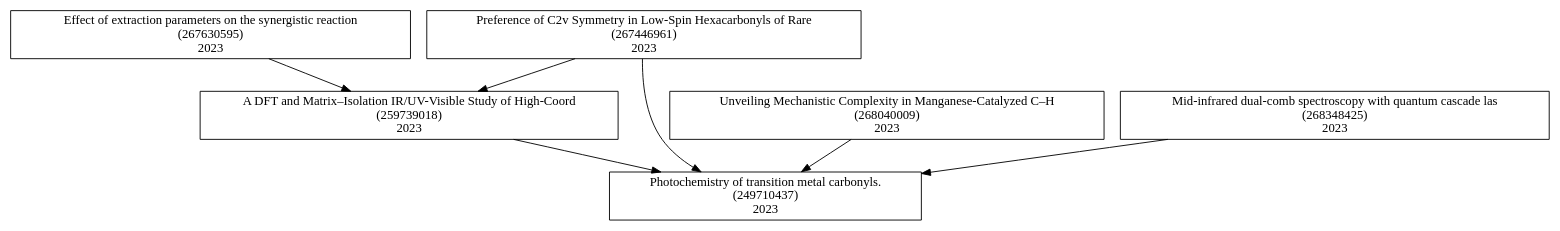
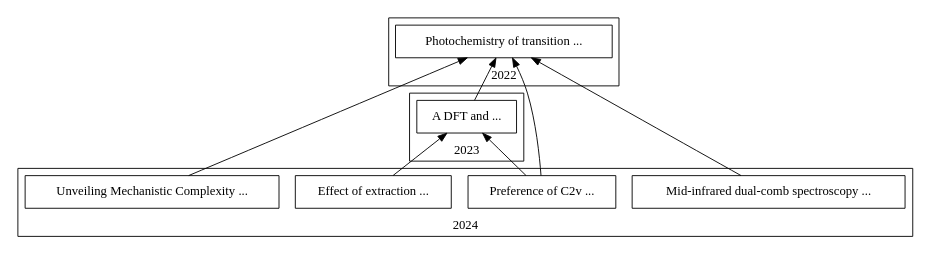
One commit to romilly/s2ag-corpus changed the diagram in notebooks/martyn.dot. Above: the diagram before and after it, drawn with Graphviz. The commit also changed 5 other files, not shown here.

Commit message:
Citation graph looks great. Clickable, with great hover text.

```diff
--- a/notebooks/martyn.dot
+++ b/notebooks/martyn.dot
@@ -1,14 +1,36 @@
 digraph {
-    "267446961" [label="Preference of C2v Symmetry in Low-Spin Hexacarbonyls of Rare\n(267446961)\n2023", shape="rectangle", URL="https://www.semanticscholar.org/paper/e3ba79aa32a1148dca4a7f52108259344fdc4711"];
-    "267630595" [label="Effect of extraction parameters on the synergistic reaction \n(267630595)\n2023", shape="rectangle", URL="https://www.semanticscholar.org/paper/c4c3b191a2b33164b5526aa27e32936550c71402"];
-    "268040009" [label="Unveiling Mechanistic Complexity in Manganese-Catalyzed C–H \n(268040009)\n2023", shape="rectangle", URL="https://www.semanticscholar.org/paper/974865acb588c06b3b4d587f81c7f56259ad4774"];
-    "259739018" [label="A DFT and Matrix–Isolation IR/UV-Visible Study of High-Coord\n(259739018)\n2023", shape="rectangle", URL="https://www.semanticscholar.org/paper/8119b95e9c475d7959fae26c2e70d8d71fcb03b6"];
-    "249710437" [label="Photochemistry of transition metal carbonyls.\n(249710437)\n2023", shape="rectangle", URL="https://www.semanticscholar.org/paper/a2266a06e752df98615787746599dc81440c0ae1"];
-    "268348425" [label="Mid-infrared dual-comb spectroscopy with quantum cascade las\n(268348425)\n2023", shape="rectangle", URL="https://www.semanticscholar.org/paper/b8003f5669c1719ebd86d70f0ff0d31d659482e9"];
-    "267446961" -> "249710437";
+     rankdir=BT;
+    "268040009" [label="Unveiling Mechanistic Complexity ...", shape="rectangle", href="https://www.semanticscholar.org/paper/974865acb588c06b3b4d587f81c7f56259ad4774", target="_blank", tooltip="title: Unveiling Mechanistic Complexity in Manganese-Catalyzed C–H Bond Functionalization Using IR Spectroscopy Over 16 Orders of Magnitude in Time \nauthors: I. Fairlamb, Jason M. Lynam\npublished: 2024"];
+    "249710437" [label="Photochemistry of transition ...", shape="rectangle", href="https://www.semanticscholar.org/paper/a2266a06e752df98615787746599dc81440c0ae1", target="_blank", tooltip="title: Photochemistry of transition metal carbonyls. \nauthors: J. J. Turner, M. George, M. Poliakoff, R. Perutz\npublished: 2022"];
+    "267630595" [label="Effect of extraction ...", shape="rectangle", href="https://www.semanticscholar.org/paper/c4c3b191a2b33164b5526aa27e32936550c71402", target="_blank", tooltip="title: Effect of extraction parameters on the synergistic reaction mechanism for arsenic and mercury removal from natural gas condensate via LLE, vibrational spectroscopy and DFT calculations \nauthors: Teerapon Pirom, Kasidit Nootong, Wikorn Punyain, K. Maneeintr, U. Pancharoen\npublished: 2024"];
+    "267446961" [label="Preference of C2v ...", shape="rectangle", href="https://www.semanticscholar.org/paper/e3ba79aa32a1148dca4a7f52108259344fdc4711", target="_blank", tooltip="title: Preference of C2v Symmetry in Low-Spin Hexacarbonyls of Rare-Earth and f Elements \nauthors: Attila Kovács, Werner Klotzbücher\npublished: 2024"];
+    "268348425" [label="Mid-infrared dual-comb spectroscopy ...", shape="rectangle", href="https://www.semanticscholar.org/paper/b8003f5669c1719ebd86d70f0ff0d31d659482e9", target="_blank", tooltip="title: Mid-infrared dual-comb spectroscopy with quantum cascade lasers \nauthors: J. Hayden, M. Geiser, M. Gianella, Raphael Horvath, A. Hugi, L. Sterczewski, Markus Mangold\npublished: 2024"];
+    "259739018" [label="A DFT and ...", shape="rectangle", href="https://www.semanticscholar.org/paper/8119b95e9c475d7959fae26c2e70d8d71fcb03b6", target="_blank", tooltip="title: A DFT and Matrix–Isolation IR/UV-Visible Study of High-Coordinated Lanthanide-CO Complexes \nauthors: A. Kovács, W. Klotzbücher\npublished: 2023"];
+     subgraph cluster_0 {
+           rank=same;
+           label="2022";
+      249710437;
+      249710437;
+      249710437;
+      249710437;
+     }     subgraph cluster_1 {
+           rank=same;
+           label="2023";
+      259739018;
+      259739018;
+      259739018;
+     }     subgraph cluster_2 {
+           rank=same;
+           label="2024";
+      267446961;
+      267630595;
+      268348425;
+      268040009;
+      267446961;
+     }    "267446961" -> "249710437";
     "267630595" -> "259739018";
     "268348425" -> "249710437";
     "259739018" -> "249710437";
     "268040009" -> "249710437";
     "267446961" -> "259739018";
 }
```
